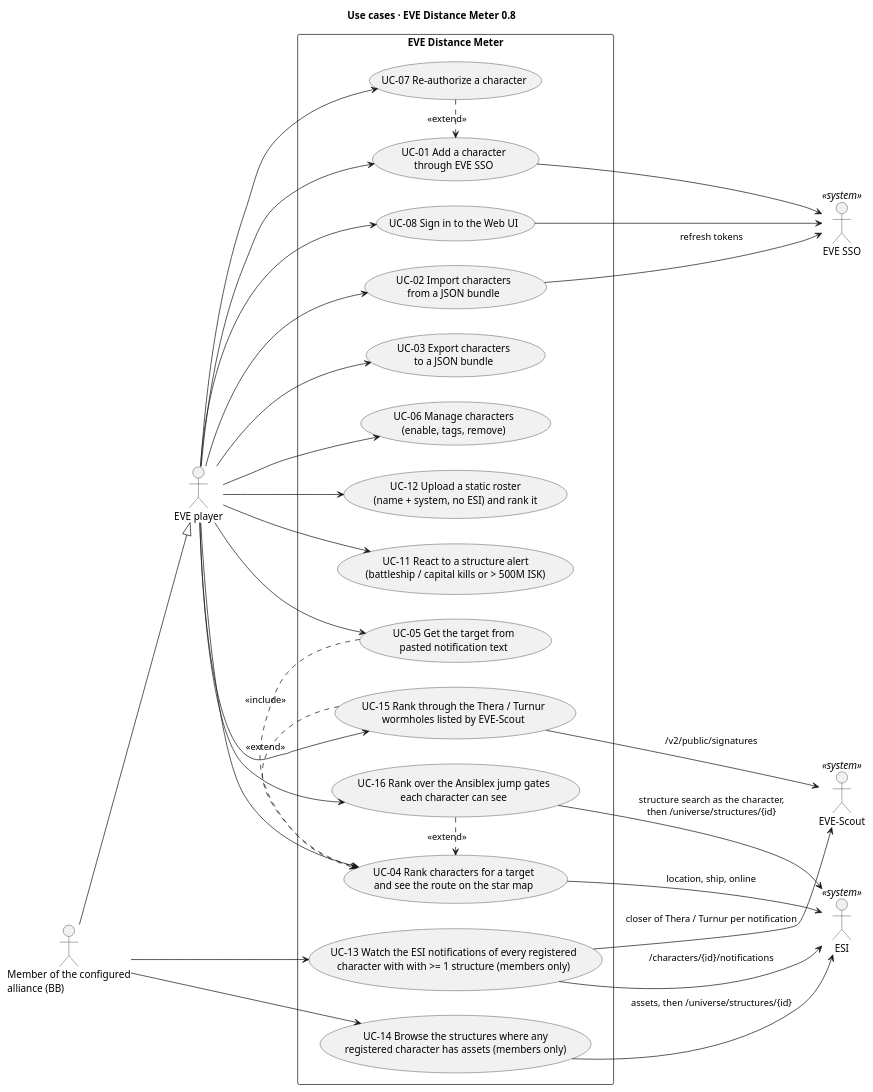
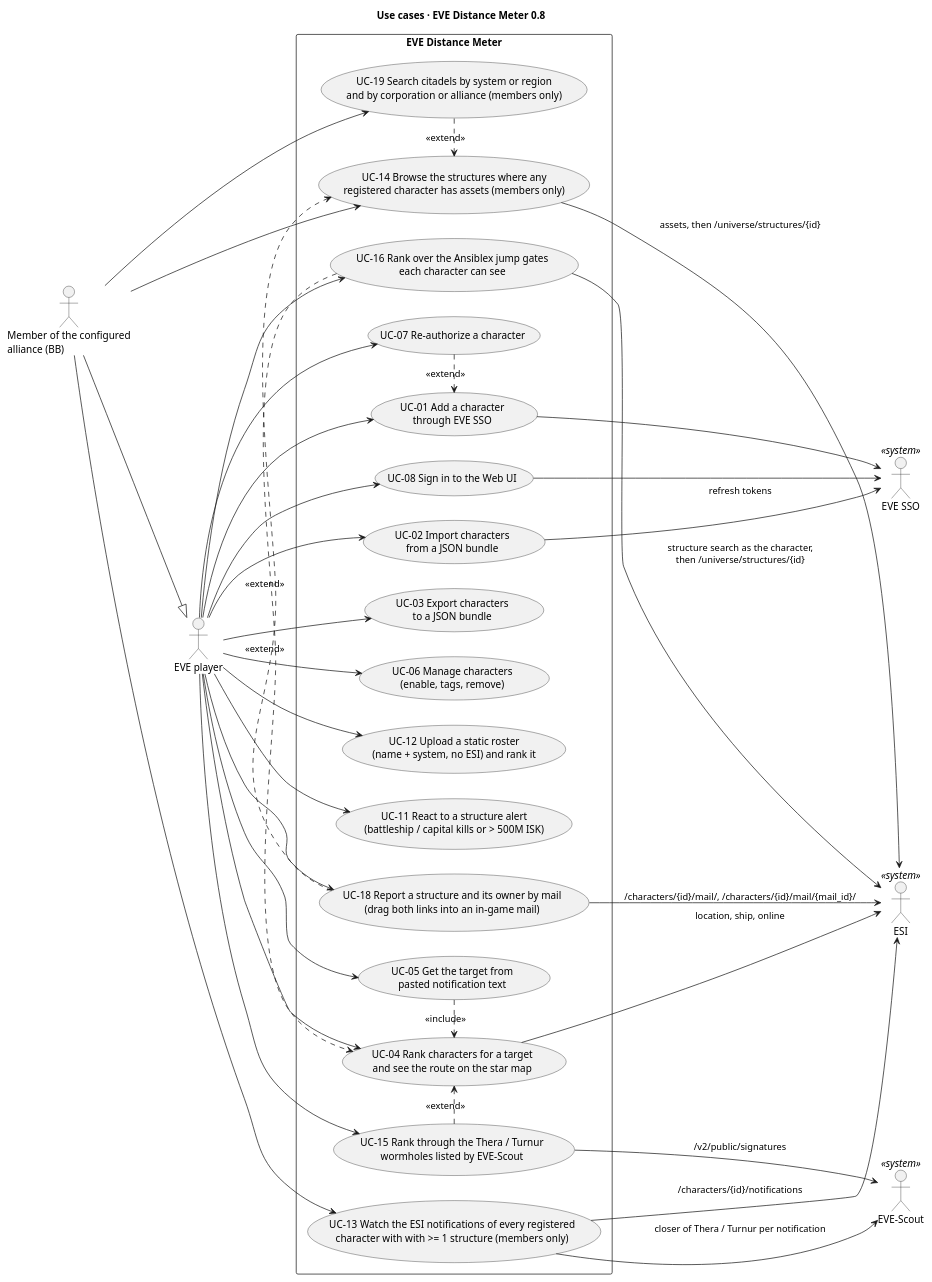
The diagram in docs/c4/00-use-cases.puml (Headruner/war-bot-2), drawn with PlantUML before and after one commit. The commit also changed 19 other files, not shown here.

First line of the commit message:
docs: describe mail finds, search and wars

```diff
--- a/docs/c4/00-use-cases.puml
+++ b/docs/c4/00-use-cases.puml
@@ -1,55 +1,62 @@
 @startuml use-cases
 title Use cases · EVE Distance Meter 0.8
 left to right direction
 skinparam shadowing false
 skinparam packageStyle rectangle
 actor "EVE player" as user
 actor "Member of the configured\nalliance (BB)" as bb
 actor "EVE SSO" as sso <<system>>
 actor "ESI" as esi <<system>>
 actor "EVE-Scout" as evs <<system>>
 rectangle "EVE Distance Meter" {
   usecase "UC-08 Sign in to the Web UI" as UC8
   usecase "UC-01 Add a character\nthrough EVE SSO" as UC1
   usecase "UC-07 Re-authorize a character" as UC7
   usecase "UC-02 Import characters\nfrom a JSON bundle" as UC2
   usecase "UC-03 Export characters\nto a JSON bundle" as UC3
   usecase "UC-06 Manage characters\n(enable, tags, remove)" as UC6
   usecase "UC-04 Rank characters for a target\nand see the route on the star map" as UC4
   usecase "UC-05 Get the target from\npasted notification text" as UC5
   usecase "UC-12 Upload a static roster\n(name + system, no ESI) and rank it" as UC12
   usecase "UC-13 Watch the ESI notifications of every registered\ncharacter with with >= 1 structure (members only)" as UC13
   usecase "UC-14 Browse the structures where any\nregistered character has assets (members only)" as UC14
   usecase "UC-15 Rank through the Thera / Turnur\nwormholes listed by EVE-Scout" as UC15
   usecase "UC-16 Rank over the Ansiblex jump gates\neach character can see" as UC16
+  usecase "UC-18 Report a structure and its owner by mail\n(drag both links into an in-game mail)" as UC18
+  usecase "UC-19 Search citadels by system or region\nand by corporation or alliance (members only)" as UC19
   usecase "UC-11 React to a structure alert\n(battleship / capital kills or > 500M ISK)" as UC11
 }
 bb --|> user
 user --> UC8
 user --> UC1
 user --> UC7
 user --> UC2
 user --> UC3
 user --> UC6
 user --> UC4
 user --> UC5
 user --> UC12
 user --> UC15
 user --> UC16
 user --> UC11
+user --> UC18
 bb --> UC13
 bb --> UC14
+bb --> UC19
+UC19 .> UC14 : <<extend>>
+UC18 .> UC14 : <<extend>>
 UC5 .> UC4 : <<include>>
 UC15 .> UC4 : <<extend>>
 UC16 .> UC4 : <<extend>>
 UC7 .> UC1 : <<extend>>
 UC8 --> sso
 UC1 --> sso
 UC2 --> sso : refresh tokens
 UC4 --> esi : location, ship, online
 UC13 --> esi : /characters/{id}/notifications
 UC14 --> esi : assets, then /universe/structures/{id}
+UC18 --> esi : /characters/{id}/mail/, /characters/{id}/mail/{mail_id}/
 UC15 --> evs : /v2/public/signatures
 UC13 --> evs : closer of Thera / Turnur per notification
 UC16 --> esi : structure search as the character,\nthen /universe/structures/{id}
 @enduml
```
